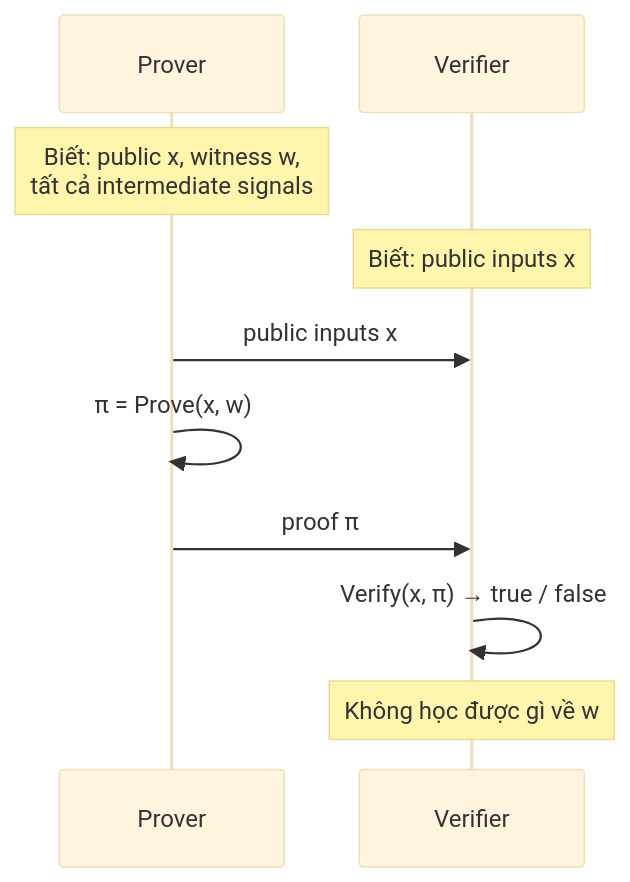
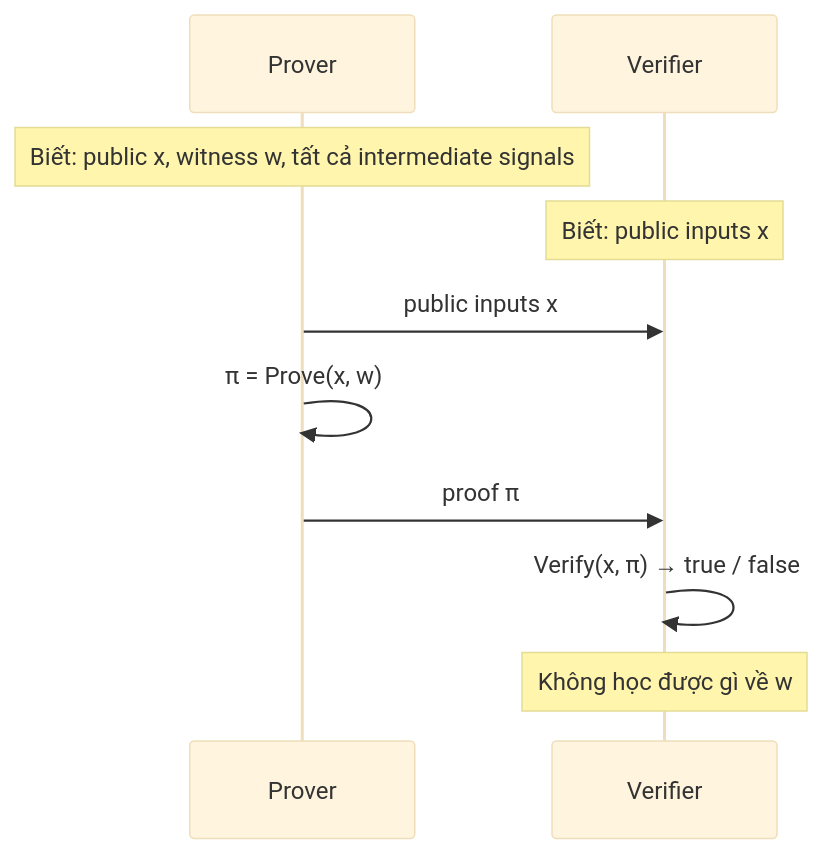
Before and after one commit to nhatminh65537/kitsu-quartz: the third of 4 diagrams in content/zkverify-series/arithmetic-circuits/04-signals-witnesses-visibility.md, drawn with Mermaid (base theme). The commit also changed other lines of this file and 127 other files, not shown here.

````diff
--- a/content/zkverify-series/arithmetic-circuits/04-signals-witnesses-visibility.md
+++ b/content/zkverify-series/arithmetic-circuits/04-signals-witnesses-visibility.md
@@ -159,12 +159,12 @@
 ```mermaid
 sequenceDiagram
     participant P as Prover
     participant V as Verifier
-    Note over P: Biết: public x, witness w,<br/>tất cả intermediate signals
+    Note over P: Biết: public x, witness w, tất cả intermediate signals
     Note over V: Biết: public inputs x
     P->>V: public inputs x
     P->>P: π = Prove(x, w)
     P->>V: proof π
     V->>V: Verify(x, π) → true / false
     Note over V: Không học được gì về w
 ```
````
